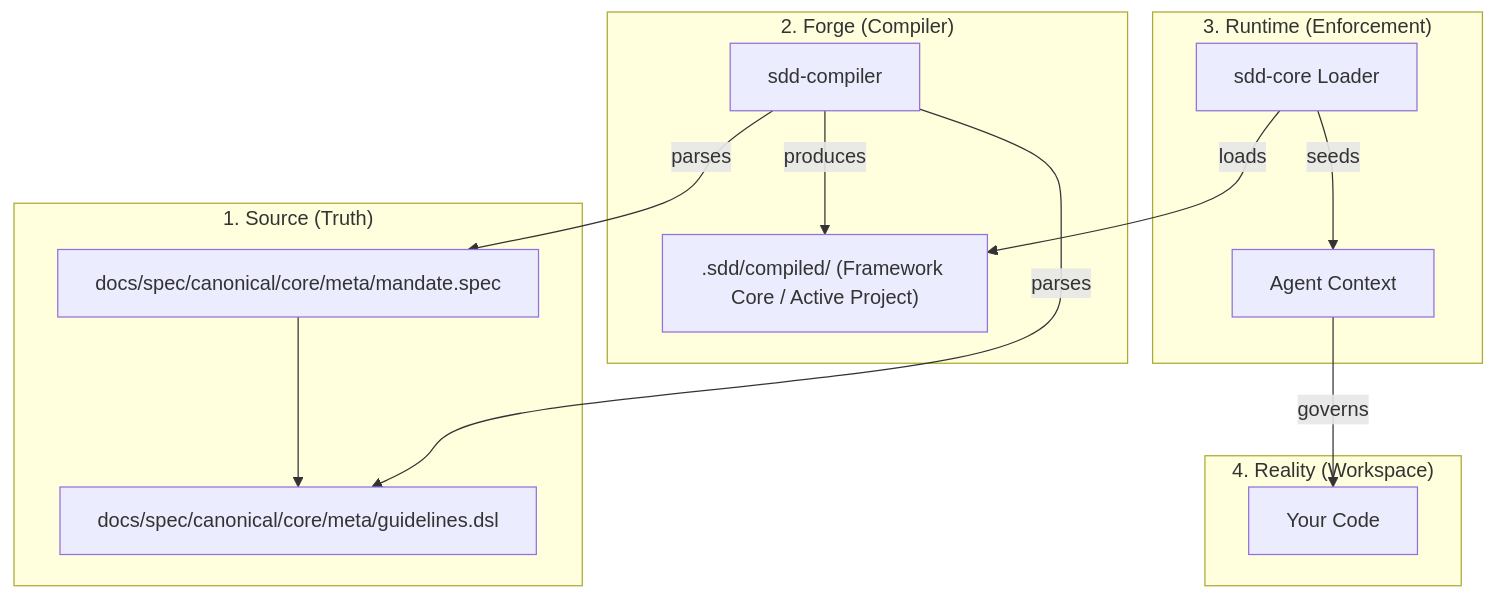
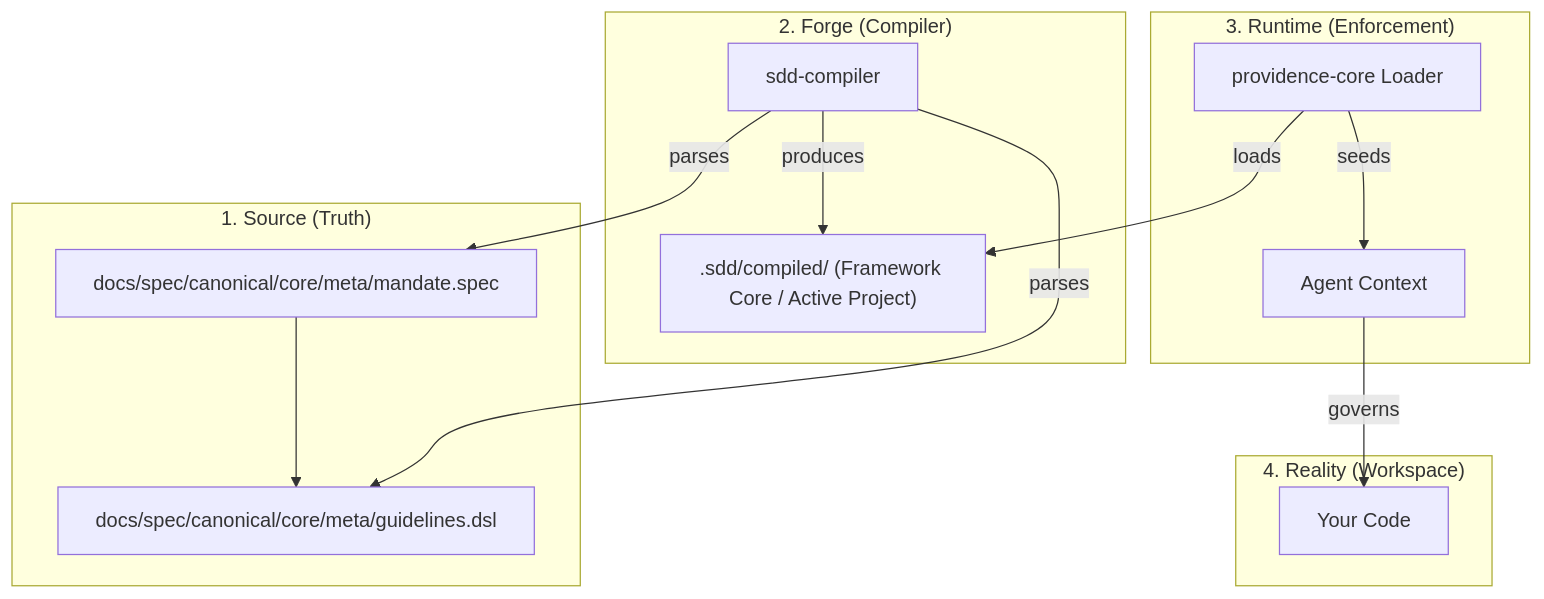
Before and after one commit to SergioLacerda/sdd-harness: the diagram in docs/spec/canonical/SEMANTIC_MAP.md, drawn with Mermaid. The commit also changed other lines of this file and 2436 other files, not shown here.

````diff
--- a/docs/spec/canonical/SEMANTIC_MAP.md
+++ b/docs/spec/canonical/SEMANTIC_MAP.md
@@ -10,17 +10,17 @@
 ```mermaid
 graph TD
     subgraph "1. Source (Truth)"
         A[docs/spec/canonical/core/meta/mandate.spec] --> B[docs/spec/canonical/core/meta/guidelines.dsl]
     end
     subgraph "2. Forge (Compiler)"
         C[sdd-compiler] -- parses --> A & B
         C -- produces --> D1[".sdd/compiled/ (Framework Core / Active Project)"]
     end
     subgraph "3. Runtime (Enforcement)"
-        E[sdd-core Loader] -- loads --> D1
+        E[providence-core Loader] -- loads --> D1
         E -- seeds --> F[Agent Context]
     end
     subgraph "4. Reality (Workspace)"
         F -- governs --> G[Your Code]
     end
 ```
````
